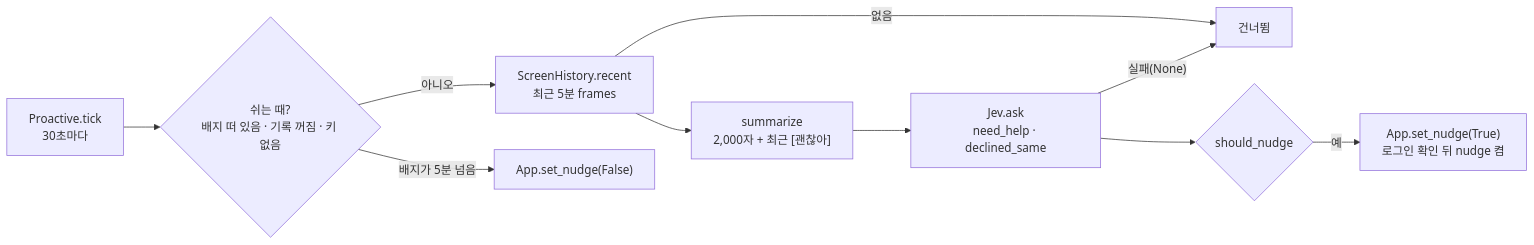
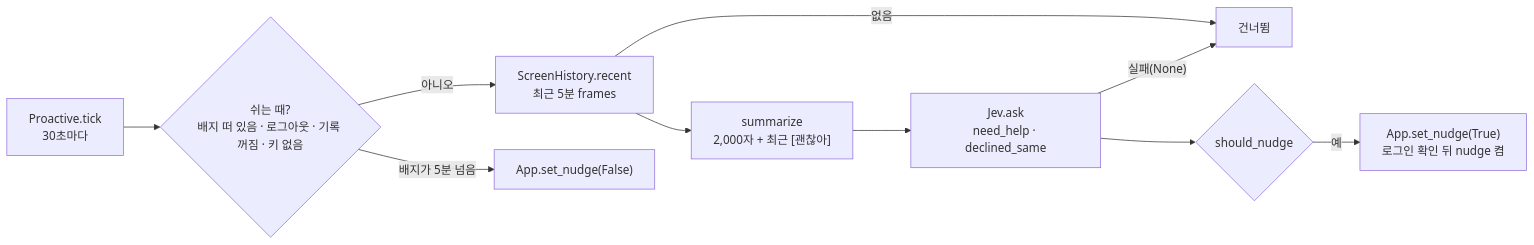
One commit to HEOSEONGILml/AssistantChatBot changed diagram 11 of 21 in ARCHITECTURE.md. Above: the diagram before and after it, drawn with Mermaid. The commit also changed other lines of this file and 10 other files, not shown here.

````diff
--- a/ARCHITECTURE.md
+++ b/ARCHITECTURE.md
@@ -339,12 +342,12 @@
 ```mermaid
 flowchart LR
-  T["Proactive.tick<br>30초마다"] --> REST{"쉬는 때?<br>배지 떠 있음 · 기록 꺼짐 · 키 없음"}
+  T["Proactive.tick<br>30초마다"] --> REST{"쉬는 때?<br>배지 떠 있음 · 로그아웃 · 기록 꺼짐 · 키 없음"}
   REST -->|"아니오"| H["ScreenHistory.recent<br>최근 5분 frames"]
   H -->|"없음"| SKIP["건너뜀"]
   H --> SUM["summarize<br>2,000자 + 최근 [괜찮아]"]
   SUM --> J["Jev.ask<br>need_help · declined_same"]
   J -->|"실패(None)"| SKIP
   J --> C{"should_nudge"}
   C -->|"예"| ON["App.set_nudge(True)<br>로그인 확인 뒤 nudge 켬"]
   REST -->|"배지가 5분 넘음"| OFF["App.set_nudge(False)"]
 ```
````
